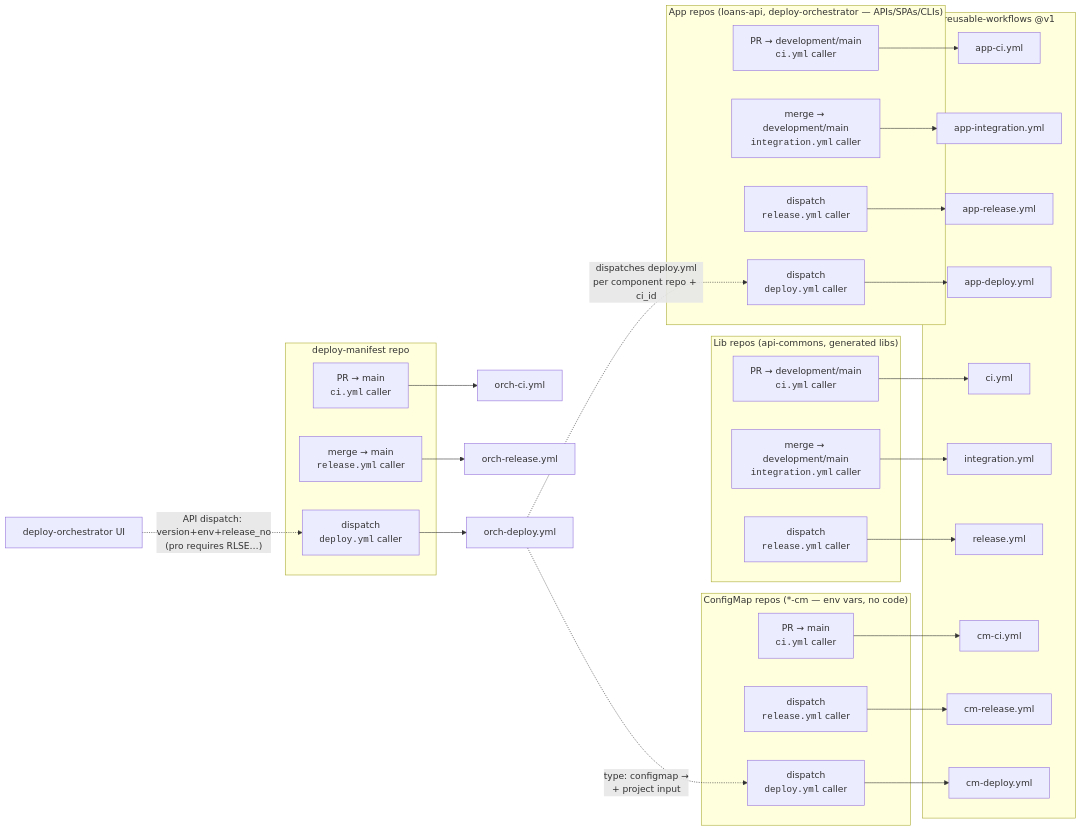
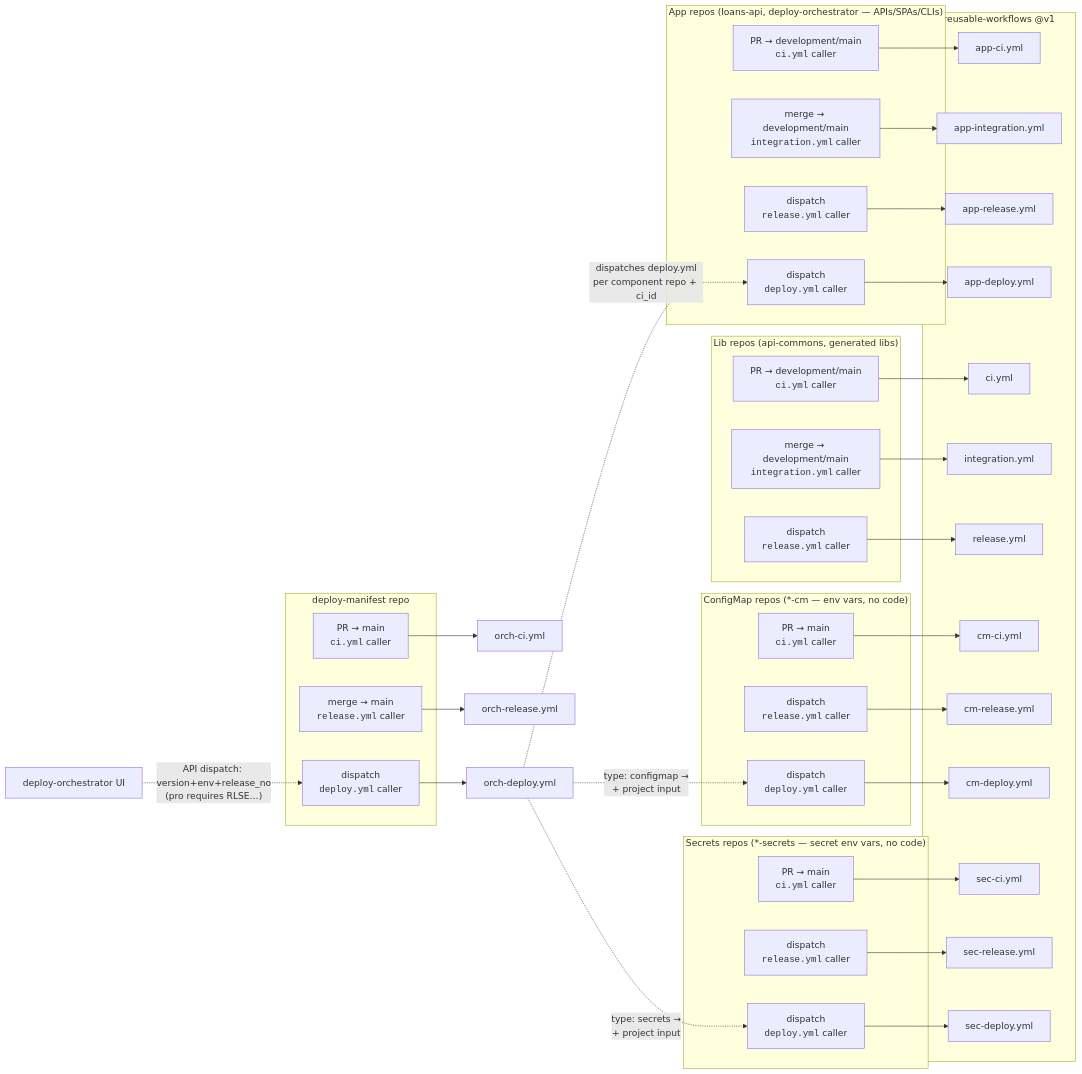
One commit to progmise/reusable-workflows changed the first of 16 diagrams in docs/flows.md. Above: the diagram before and after it, drawn with Mermaid. The commit also changed other lines of this file and 8 other files, not shown here.

Commit message:
secrets components: sec-* workflows + scripts + manifest type

````diff
--- a/docs/flows.md
+++ b/docs/flows.md
@@ -8,56 +8,68 @@
 ```mermaid
 flowchart LR
     subgraph API["App repos (loans-api, deploy-orchestrator — APIs/SPAs/CLIs)"]
         A_PR["PR → development/main<br/><code>ci.yml</code> caller"]
         A_PUSH["merge → development/main<br/><code>integration.yml</code> caller"]
         A_REL["dispatch<br/><code>release.yml</code> caller"]
         A_DEP["dispatch<br/><code>deploy.yml</code> caller"]
     end
     subgraph LIB["Lib repos (api-commons, generated libs)"]
         L_PR["PR → development/main<br/><code>ci.yml</code> caller"]
         L_PUSH["merge → development/main<br/><code>integration.yml</code> caller"]
         L_REL["dispatch<br/><code>release.yml</code> caller"]
     end
     subgraph CM["ConfigMap repos (*-cm — env vars, no code)"]
         C_PR["PR → main<br/><code>ci.yml</code> caller"]
         C_REL["dispatch<br/><code>release.yml</code> caller"]
         C_DEP["dispatch<br/><code>deploy.yml</code> caller"]
     end
+    subgraph SEC["Secrets repos (*-secrets — secret env vars, no code)"]
+        S_PR["PR → main<br/><code>ci.yml</code> caller"]
+        S_REL["dispatch<br/><code>release.yml</code> caller"]
+        S_DEP["dispatch<br/><code>deploy.yml</code> caller"]
+    end
     subgraph RW["reusable-workflows @v1"]
         RW_ACI[app-ci.yml]
         RW_AIN[app-integration.yml]
         RW_ARE[app-release.yml]
         RW_ADE[app-deploy.yml]
         RW_CI[ci.yml]
         RW_IN[integration.yml]
         RW_RE[release.yml]
         RW_CCI[cm-ci.yml]
         RW_CRE[cm-release.yml]
         RW_CDE[cm-deploy.yml]
+        RW_SCI[sec-ci.yml]
+        RW_SRE[sec-release.yml]
+        RW_SDE[sec-deploy.yml]
     end
     A_PR --> RW_ACI
     A_PUSH --> RW_AIN
     A_REL --> RW_ARE
     A_DEP --> RW_ADE
     L_PR --> RW_CI
     L_PUSH --> RW_IN
     L_REL --> RW_RE
     C_PR --> RW_CCI
     C_REL --> RW_CRE
     C_DEP --> RW_CDE
+    S_PR --> RW_SCI
+    S_REL --> RW_SRE
+    S_DEP --> RW_SDE
     subgraph MAN["deploy-manifest repo"]
         M_PR["PR → main<br/><code>ci.yml</code> caller"]
         M_PUSH["merge → main<br/><code>release.yml</code> caller"]
         M_DEP["dispatch<br/><code>deploy.yml</code> caller"]
     end
     RW_OCI[orch-ci.yml]
     RW_ORE[orch-release.yml]
     RW_ODE[orch-deploy.yml]
     M_PR --> RW_OCI
     M_PUSH --> RW_ORE
     M_DEP --> RW_ODE
     RW_ODE -. "dispatches deploy.yml<br/>per component repo + ci_id" .-> A_DEP
     RW_ODE -. "type: configmap →<br/>+ project input" .-> C_DEP
+    RW_ODE -. "type: secrets →<br/>+ project input" .-> S_DEP
     DASH["deploy-orchestrator UI"]
     DASH -. "API dispatch: version+env+release_no<br/>(pro requires RLSE…)" .-> M_DEP
 ```
````
